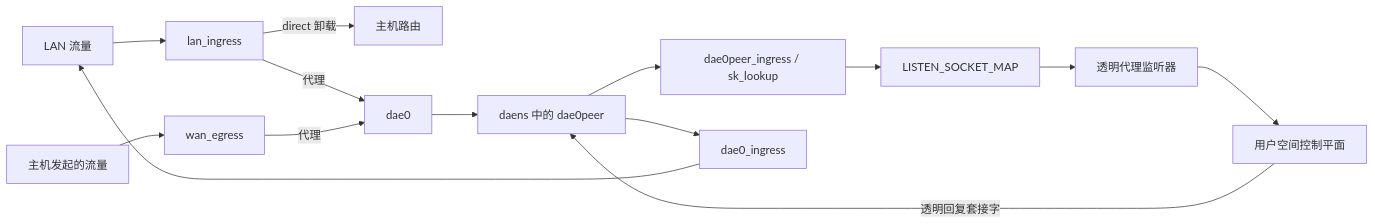
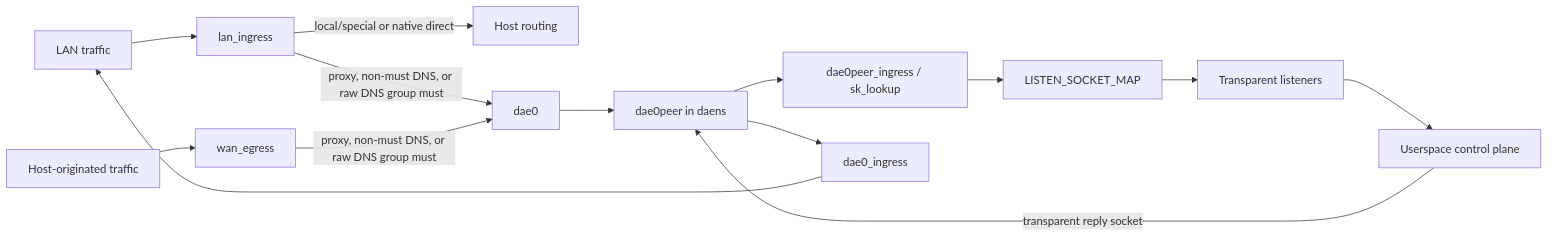
One commit to Glassyiris/honk changed the diagram in doc/zh/design/datapath.md. Above: the diagram before and after it, drawn with Mermaid. The commit also changed other lines of this file and 21 other files, not shown here.

````diff
--- a/doc/zh/design/datapath.md
+++ b/doc/zh/design/datapath.md
@@ -9,16 +9,16 @@
 ```mermaid
 flowchart LR
-  LAN[LAN 流量] --> LI[lan_ingress]
-  LOCAL[主机发起的流量] --> WE[wan_egress]
-  LI -->|direct 卸载| HOST[主机路由]
-  LI -->|代理| DAE0[dae0]
-  WE -->|代理| DAE0
-  DAE0 --> PEER[daens 中的 dae0peer]
+  LAN[LAN traffic] --> LI[lan_ingress]
+  LOCAL[Host-originated traffic] --> WE[wan_egress]
+  LI -->|local/special or native direct| HOST[Host routing]
+  LI -->|proxy, non-must DNS, or raw DNS group must| DAE0[dae0]
+  WE -->|proxy, non-must DNS, or raw DNS group must| DAE0
+  DAE0 --> PEER[dae0peer in daens]
   PEER --> ASSIGN[dae0peer_ingress / sk_lookup]
   ASSIGN --> SOCK[LISTEN_SOCKET_MAP]
-  SOCK --> TPROXY[透明代理监听器]
-  TPROXY --> USER[用户空间控制平面]
-  USER -->|透明回复套接字| PEER
+  SOCK --> TPROXY[Transparent listeners]
+  TPROXY --> USER[Userspace control plane]
+  USER -->|transparent reply socket| PEER
   PEER --> DI[dae0_ingress]
   DI --> LAN
 ```
````
